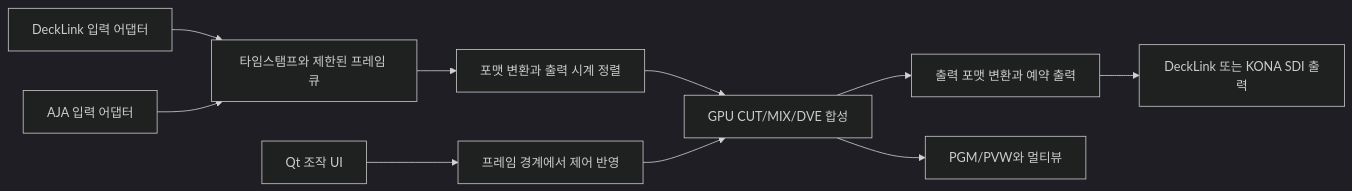
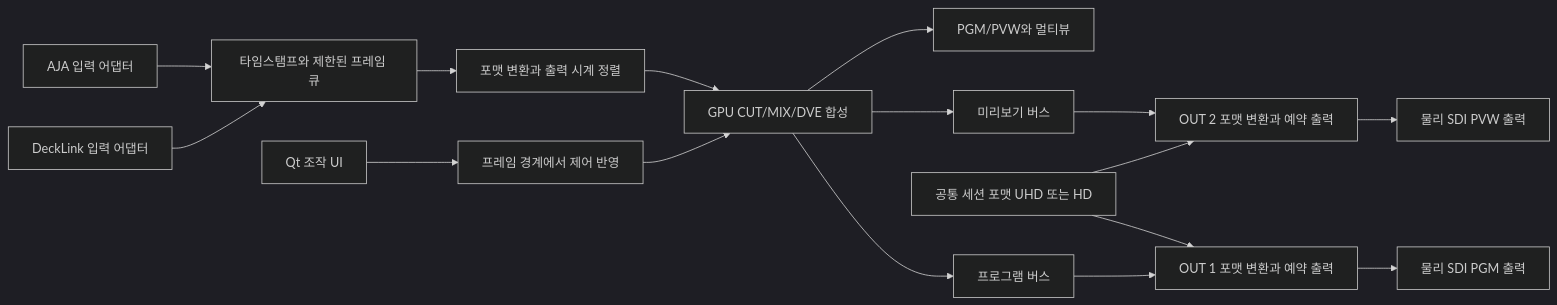
The diagram in docs/01-feasibility-review.ko.md (coremon91/sw), drawn with Mermaid (dark theme) before and after one commit. The commit also changed other lines of this file and 2 other files, not shown here.

First line of the commit message:
docs: confirm four inputs and PGM/PVW outputs

````diff
--- a/docs/01-feasibility-review.ko.md
+++ b/docs/01-feasibility-review.ko.md
@@ -114,12 +134,18 @@
 ```mermaid
 flowchart LR
   BM[DeckLink 입력 어댑터] --> Q[타임스탬프와 제한된 프레임 큐]
   AJA[AJA 입력 어댑터] --> Q
   Q --> N[포맷 변환과 출력 시계 정렬]
   N --> GPU[GPU CUT/MIX/DVE 합성]
-  GPU --> O[출력 포맷 변환과 예약 출력]
-  O --> CARD[DeckLink 또는 KONA SDI 출력]
+  GPU --> PGM[프로그램 버스]
+  GPU --> PVW[미리보기 버스]
+  MODE[공통 세션 포맷 UHD 또는 HD] --> O1[OUT 1 포맷 변환과 예약 출력]
+  MODE --> O2[OUT 2 포맷 변환과 예약 출력]
+  PGM --> O1
+  PVW --> O2
+  O1 --> CARD1[물리 SDI PGM 출력]
+  O2 --> CARD2[물리 SDI PVW 출력]
   GPU --> MV[PGM/PVW와 멀티뷰]
   UI[Qt 조작 UI] --> CTRL[프레임 경계에서 제어 반영]
   CTRL --> GPU
 ```
````
